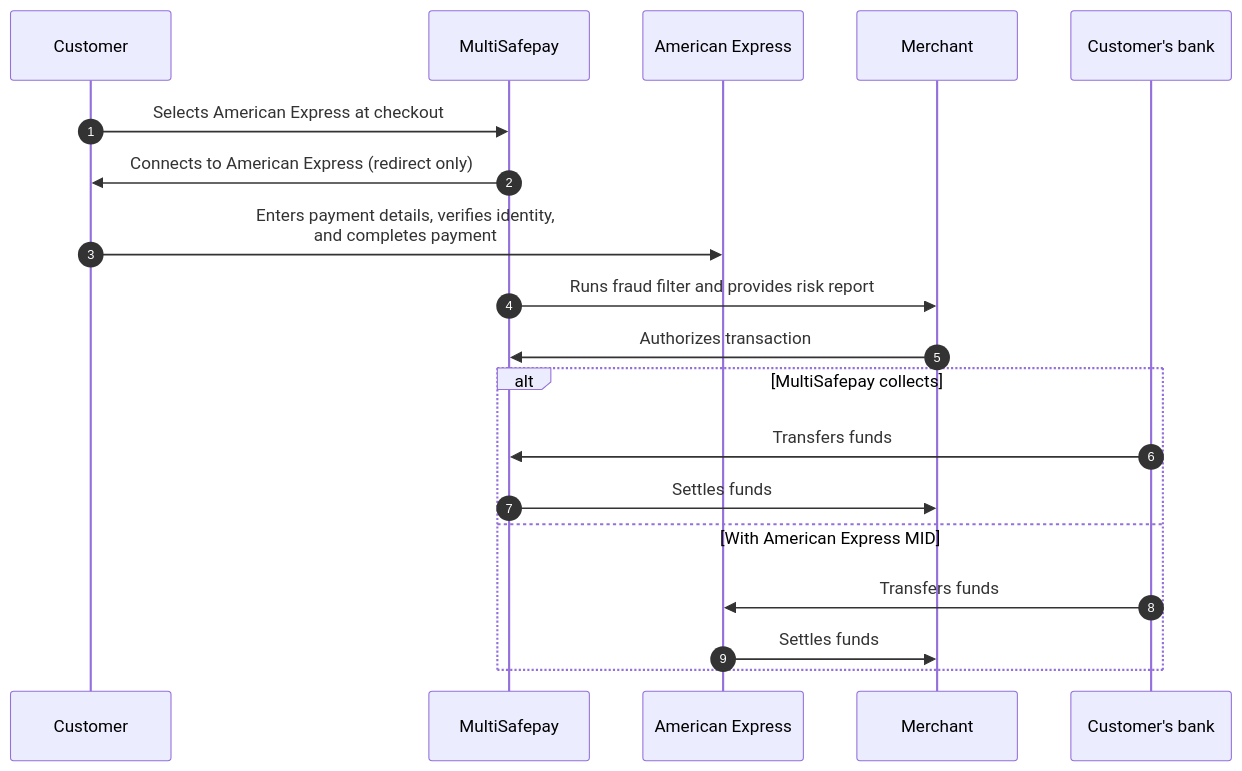
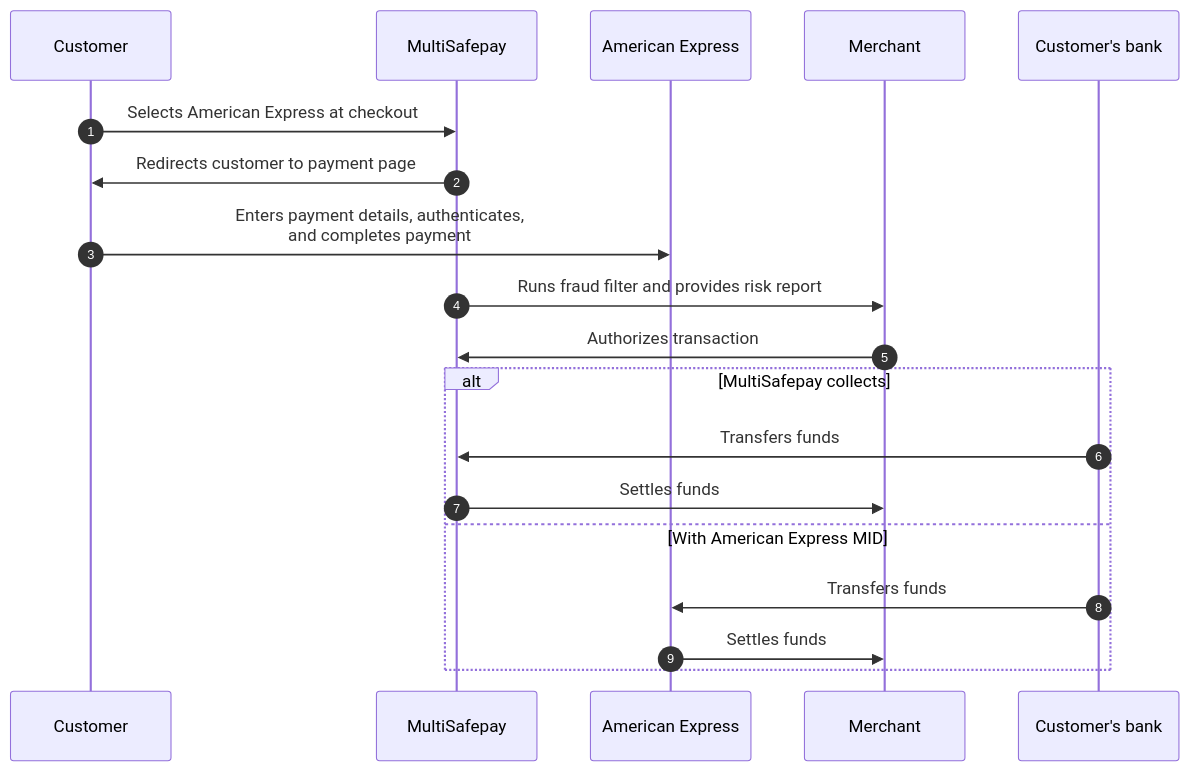
The diagram in content/payments/methods/credit-and-debit-cards/american-express/payment-flow.md (MultiSafepay/docs), drawn with Mermaid before and after one commit. The commit also changed other lines of this file and 20 other files, not shown here.

```diff
--- a/content/payments/methods/credit-and-debit-cards/american-express/payment-flow.md
+++ b/content/payments/methods/credit-and-debit-cards/american-express/payment-flow.md
@@ -16,25 +16,25 @@
 {{< mermaid class="text-center" >}}
 
 sequenceDiagram
     autonumber
     participant C as Customer
     participant Mu as MultiSafepay
     participant A as American Express
     participant Me as Merchant
     participant CB as Customer's bank
 
     C->>Mu: Selects American Express at checkout
-    Mu->>C: Connects to American Express (redirect only)
-    C->>A: Enters payment details, verifies identity, <br> and completes payment
+    Mu->>C: Redirects customer to payment page
+    C->>A: Enters payment details, authenticates, <br> and completes payment
     Mu->>Me: Runs fraud filter and provides risk report
     Me->>Mu: Authorizes transaction
     alt MultiSafepay collects
         CB->>Mu: Transfers funds 
         Mu->>Me: Settles funds
     else With American Express MID
         CB->>A: Transfers funds
         A->>Me: Settles funds
     end
     
 
 {{< /mermaid >}}
```
